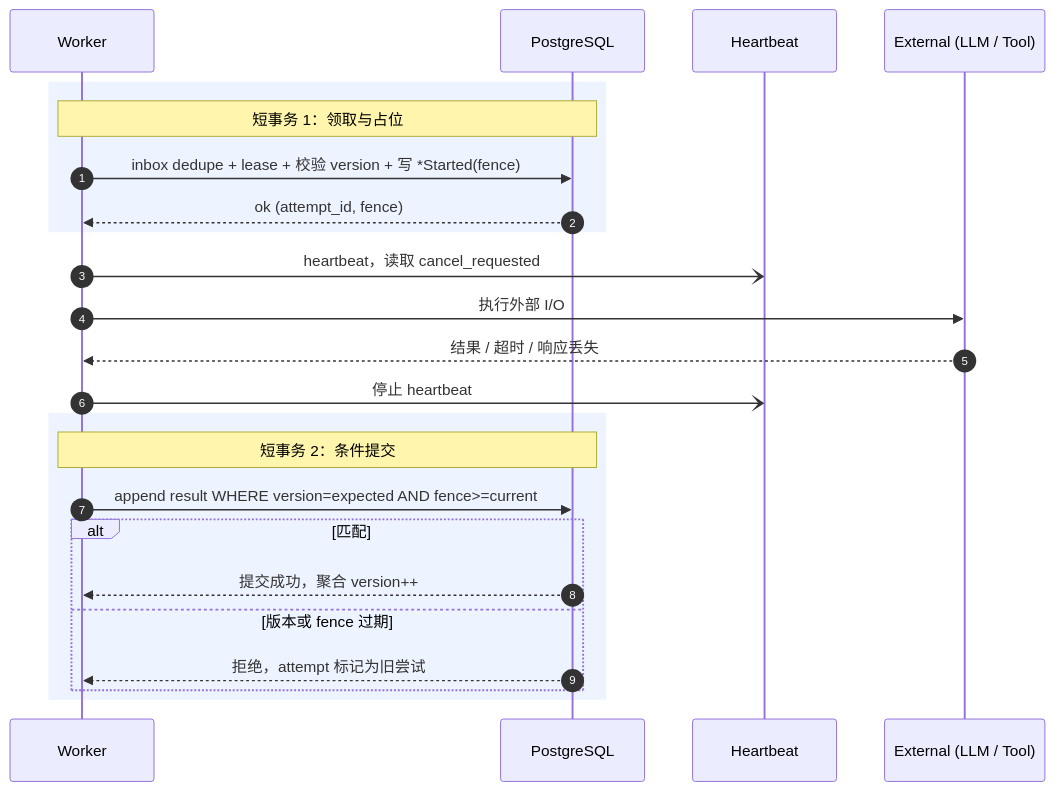
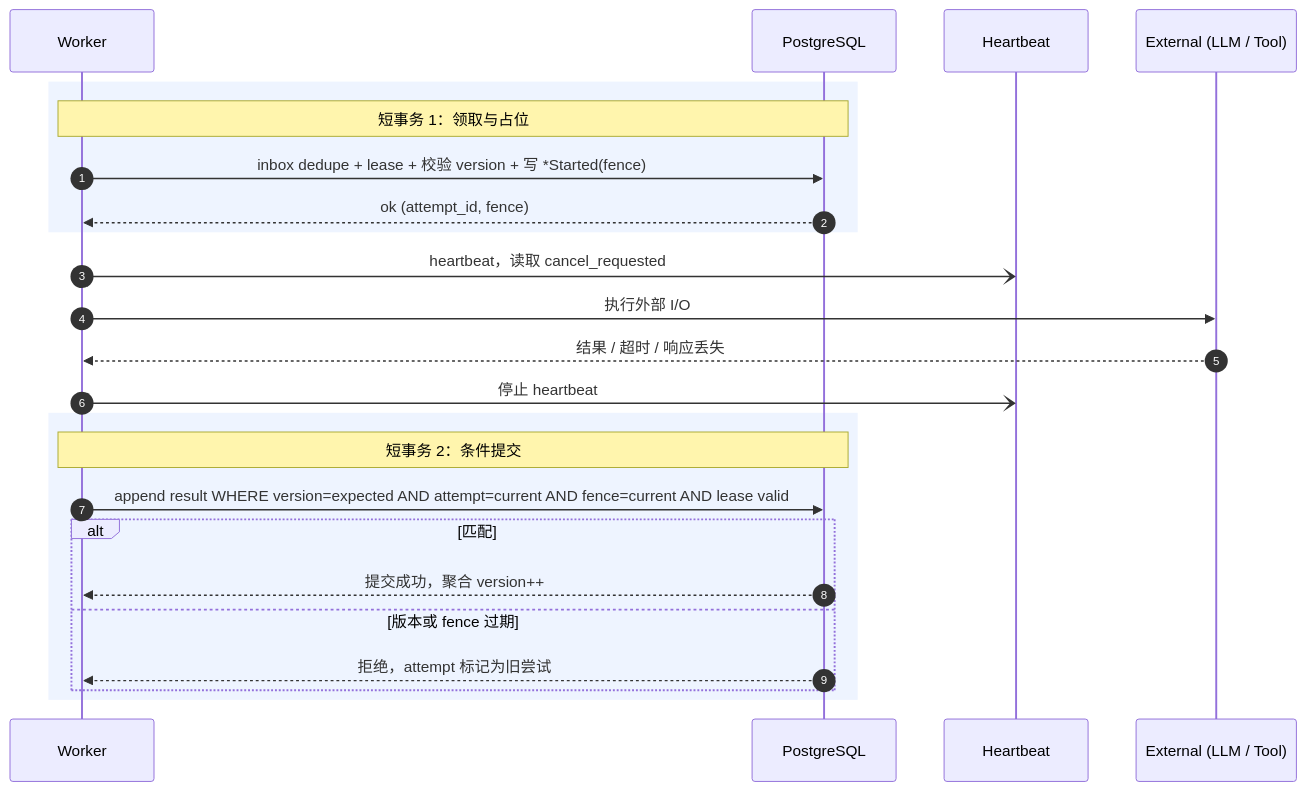
The diagram in docs/execution-model.md (erweixin/langshift.dev), drawn with Mermaid before and after one commit. The commit also changed other lines of this file and 12 other files, not shown here.

````diff
--- a/docs/execution-model.md
+++ b/docs/execution-model.md
@@ -68,29 +68,29 @@
 ```mermaid
 sequenceDiagram
   autonumber
   participant W as Worker
   participant DB as PostgreSQL
   participant H as Heartbeat
   participant X as External (LLM / Tool)
 
   rect rgb(238,244,255)
   note over W,DB: 短事务 1：领取与占位
   W->>DB: inbox dedupe + lease + 校验 version + 写 *Started(fence)
   DB-->>W: ok (attempt_id, fence)
   end
 
   W-)H: heartbeat，读取 cancel_requested
   W->>X: 执行外部 I/O
   X-->>W: 结果 / 超时 / 响应丢失
   W-)H: 停止 heartbeat
 
   rect rgb(238,244,255)
   note over W,DB: 短事务 2：条件提交
-  W->>DB: append result WHERE version=expected AND fence>=current
+  W->>DB: append result WHERE version=expected AND attempt=current AND fence=current AND lease valid
   alt 匹配
     DB-->>W: 提交成功，聚合 version++
   else 版本或 fence 过期
     DB-->>W: 拒绝，attempt 标记为旧尝试
   end
   end
 ```
````
